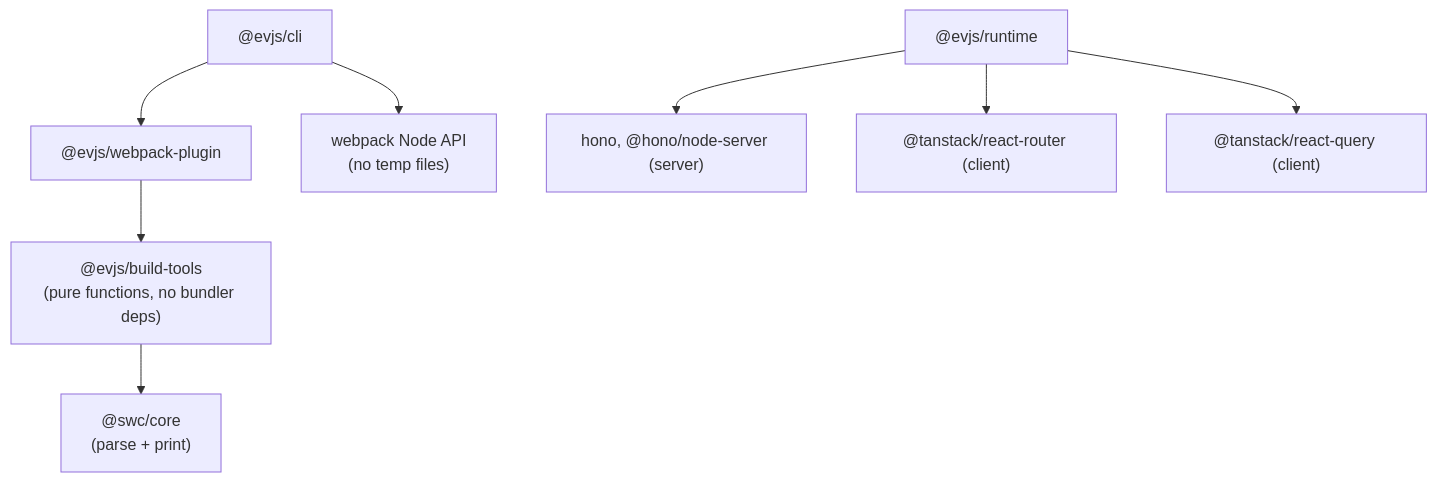
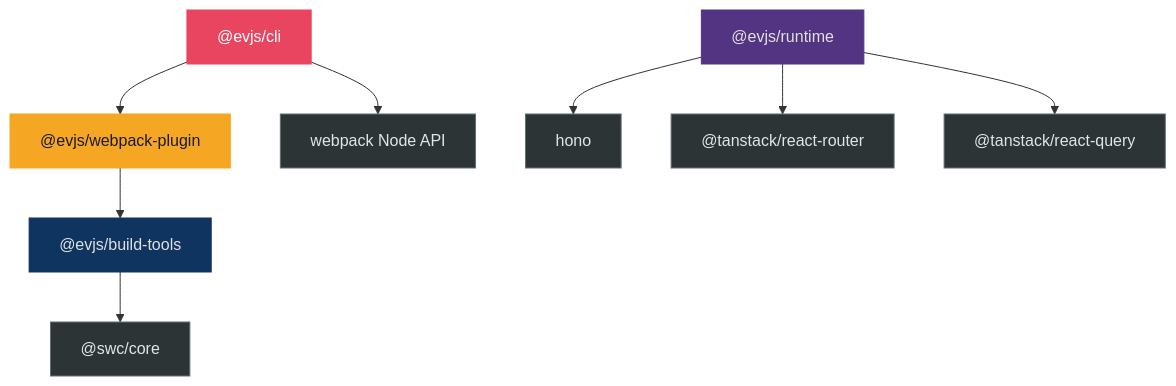
Before and after one commit to afx-team/evjs: the second of 7 diagrams in ARCHITECTURE.md, drawn with Mermaid. The commit also changed other lines of this file, not shown here.

Commit message:
docs: improve mermaid diagrams with color palette and visual hierarchy

````diff
--- a/ARCHITECTURE.md
+++ b/ARCHITECTURE.md
@@ -35,11 +54,21 @@
 ```mermaid
 flowchart TD
     cli["@evjs/cli"] --> plugin["@evjs/webpack-plugin"]
-    cli --> webpack["webpack Node API\n(no temp files)"]
-    plugin --> bt["@evjs/build-tools\n(pure functions, no bundler deps)"]
-    bt --> swc["@swc/core\n(parse + print)"]
-    
-    rt["@evjs/runtime"] --> hono["hono, @hono/node-server (server)"]
-    rt --> router["@tanstack/react-router (client)"]
-    rt --> query["@tanstack/react-query (client)"]
+    cli --> webpack["webpack Node API"]
+    plugin --> bt["@evjs/build-tools"]
+    bt --> swc["@swc/core"]
+
+    rt["@evjs/runtime"] --> hono["hono"]
+    rt --> router["@tanstack/react-router"]
+    rt --> query["@tanstack/react-query"]
+
+    style cli fill:#e94560,stroke:#e94560,color:#fff
+    style plugin fill:#f5a623,stroke:#f5a623,color:#1a1a2e
+    style bt fill:#0f3460,stroke:#0f3460,color:#e0e0e0
+    style rt fill:#533483,stroke:#533483,color:#e0e0e0
+    style swc fill:#2d3436,stroke:#636e72,color:#dfe6e9
+    style webpack fill:#2d3436,stroke:#636e72,color:#dfe6e9
+    style hono fill:#2d3436,stroke:#636e72,color:#dfe6e9
+    style router fill:#2d3436,stroke:#636e72,color:#dfe6e9
+    style query fill:#2d3436,stroke:#636e72,color:#dfe6e9
 ```
````
